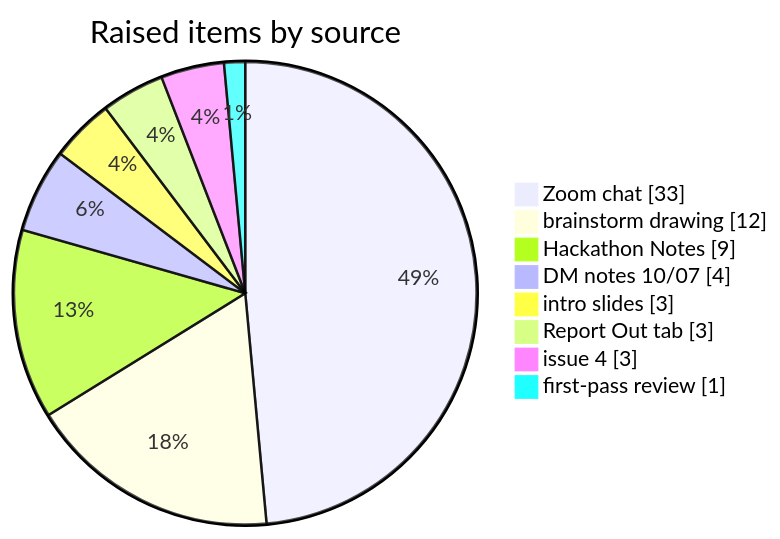
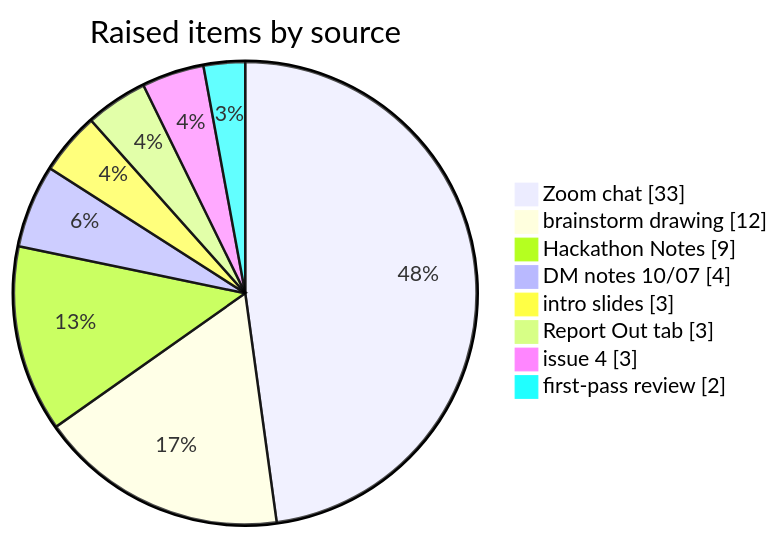
The second of 2 diagrams in docs/measurements-hackathon/raised-items.md (ber-data/bridge-central-schema), drawn with Mermaid before and after one commit. The commit also changed other lines of this file and 2 other files, not shown here.

````diff
--- a/docs/measurements-hackathon/raised-items.md
+++ b/docs/measurements-hackathon/raised-items.md
@@ -21,12 +21,12 @@
 ```mermaid
 pie showData
     title Raised items by source
     "Zoom chat" : 33
     "brainstorm drawing" : 12
     "Hackathon Notes" : 9
     "DM notes 10/07" : 4
     "intro slides" : 3
     "Report Out tab" : 3
     "issue 4" : 3
-    "first-pass review" : 1
+    "first-pass review" : 2
 ```
````
